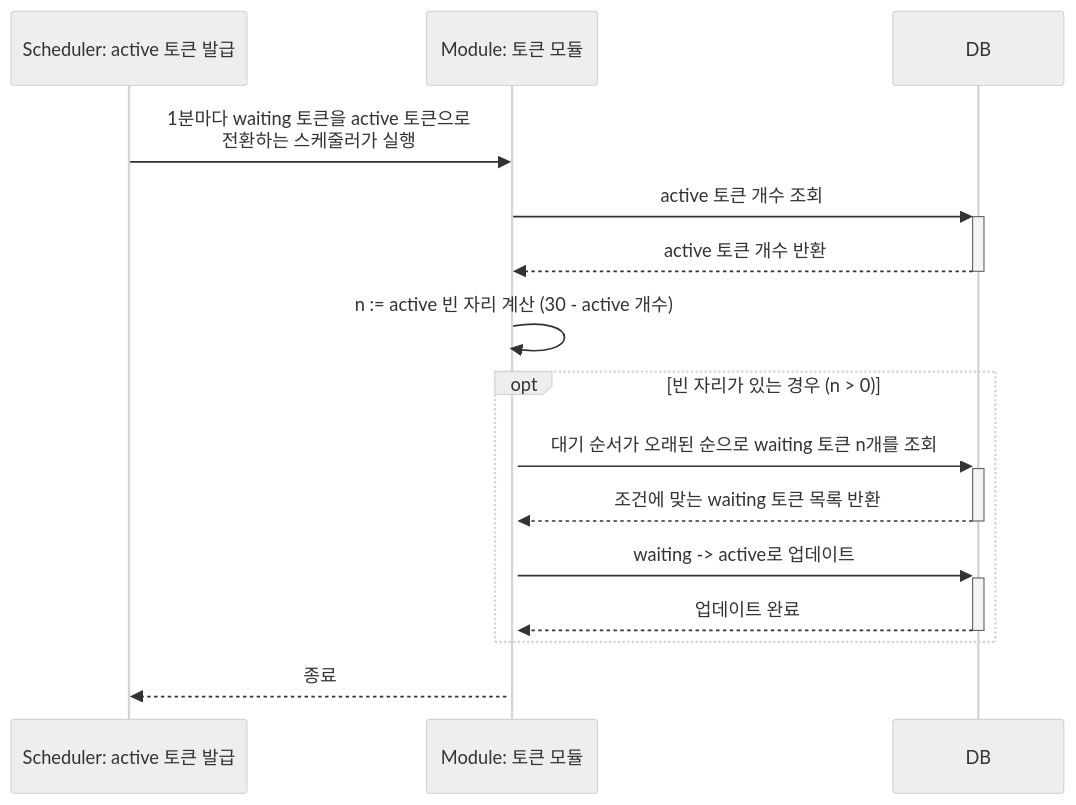
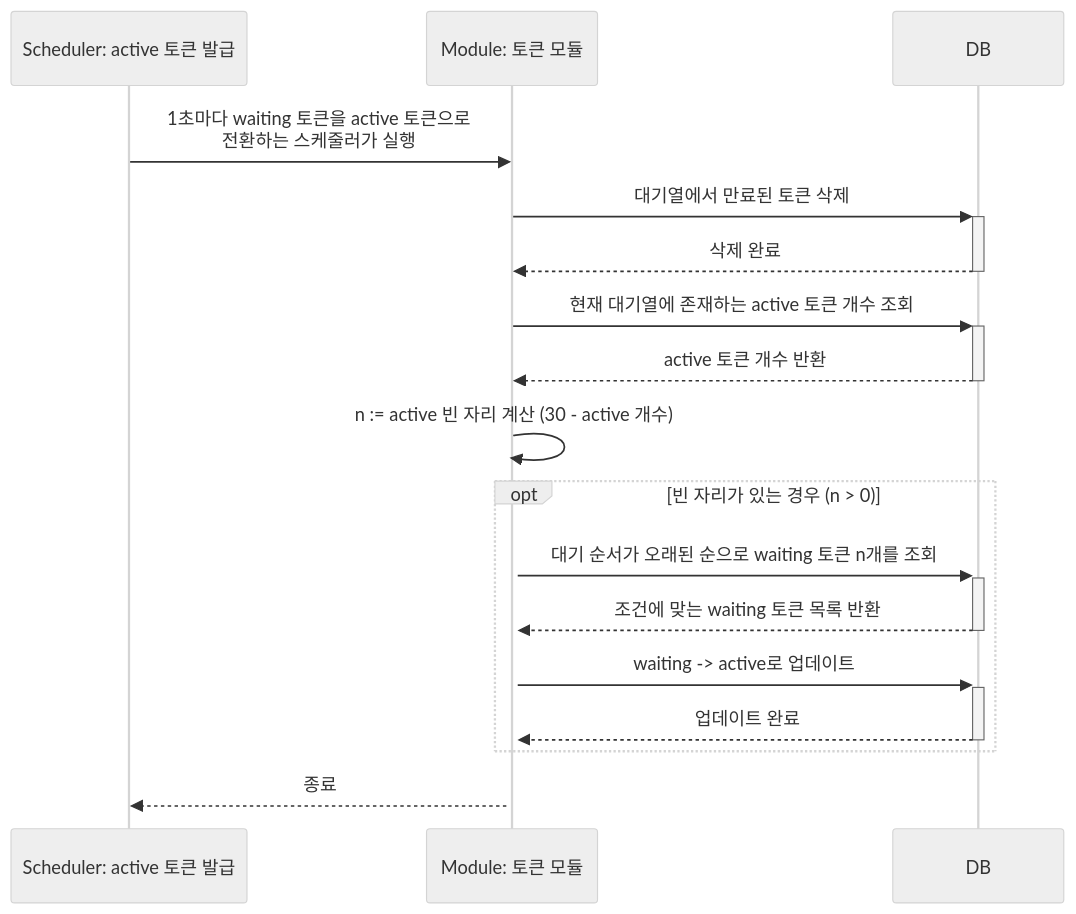
One commit to yangahh/concert-ticket-reservation changed the third of 10 diagrams in docs/sequence_diagram.md. Above: the diagram before and after it, drawn with Mermaid (neutral theme). The commit also changed other lines of this file and 4 other files, not shown here.

````diff
--- a/docs/sequence_diagram.md
+++ b/docs/sequence_diagram.md
@@ -37,19 +37,21 @@
 ```mermaid
 sequenceDiagram
     participant sch as Scheduler: active 토큰 발급
     participant token as Module: 토큰 모듈
     participant db as DB
 
-    sch ->> token: 1분마다 waiting 토큰을 active 토큰으로<br> 전환하는 스케줄러가 실행
-    token ->>+ db: active 토큰 개수 조회
+    sch ->> token: 1초마다 waiting 토큰을 active 토큰으로<br> 전환하는 스케줄러가 실행
+    token ->>+ db: 대기열에서 만료된 토큰 삭제
+    db -->>- token: 삭제 완료
+    token ->>+ db: 현재 대기열에 존재하는 active 토큰 개수 조회
     db -->>- token: active 토큰 개수 반환
     token ->>+ token: n := active 빈 자리 계산 (30 - active 개수)
     
     opt 빈 자리가 있는 경우 (n > 0)
       token ->>+ db: 대기 순서가 오래된 순으로 waiting 토큰 n개를 조회
       db -->>- token: 조건에 맞는 waiting 토큰 목록 반환
       token ->>+ db: waiting -> active로 업데이트
       db -->>- token: 업데이트 완료
     end
     token -->> sch: 종료
 ```
````
